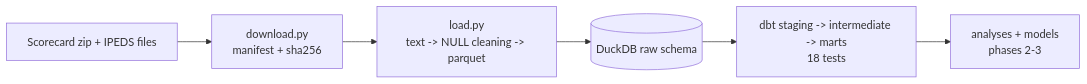
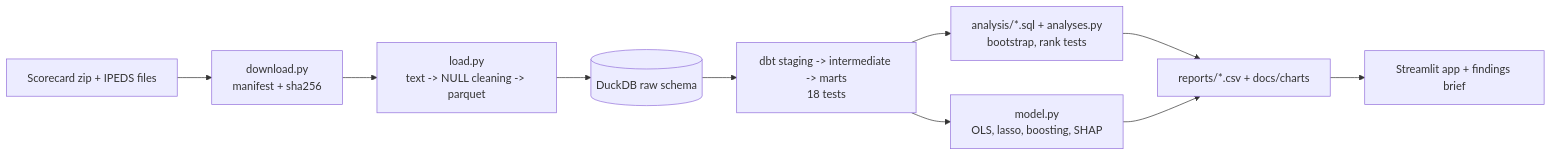
One commit to abhiramvedipala/campus-pulse changed the diagram in README.md. Above: the diagram before and after it, drawn with Mermaid. The commit also changed other lines of this file, not shown here.

````diff
--- a/README.md
+++ b/README.md
@@ -18,8 +29,12 @@
 ```mermaid
 flowchart LR
   A[Scorecard zip + IPEDS files] --> B[download.py<br/>manifest + sha256]
   B --> C[load.py<br/>text -> NULL cleaning -> parquet]
   C --> D[(DuckDB raw schema)]
   D --> E[dbt staging -> intermediate -> marts<br/>18 tests]
-  E --> F[analyses + models<br/>phases 2-3]
+  E --> F[analysis/*.sql + analyses.py<br/>bootstrap, rank tests]
+  E --> G[model.py<br/>OLS, lasso, boosting, SHAP]
+  F --> H[reports/*.csv + docs/charts]
+  G --> H
+  H --> I[Streamlit app + findings brief]
 ```
````
